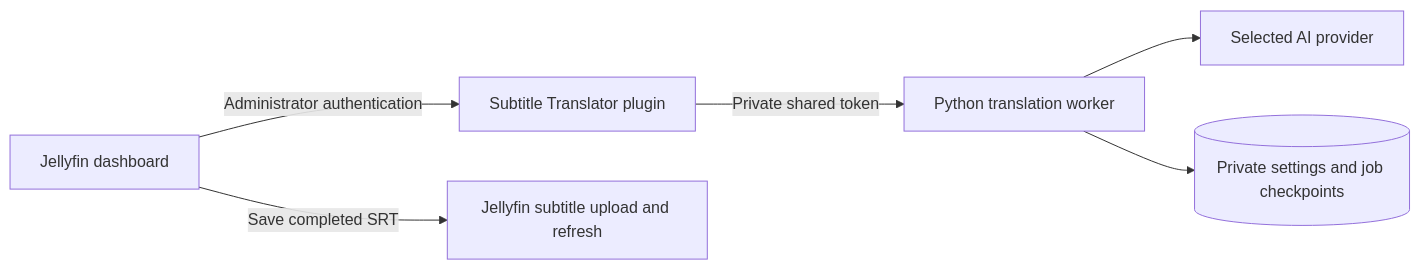
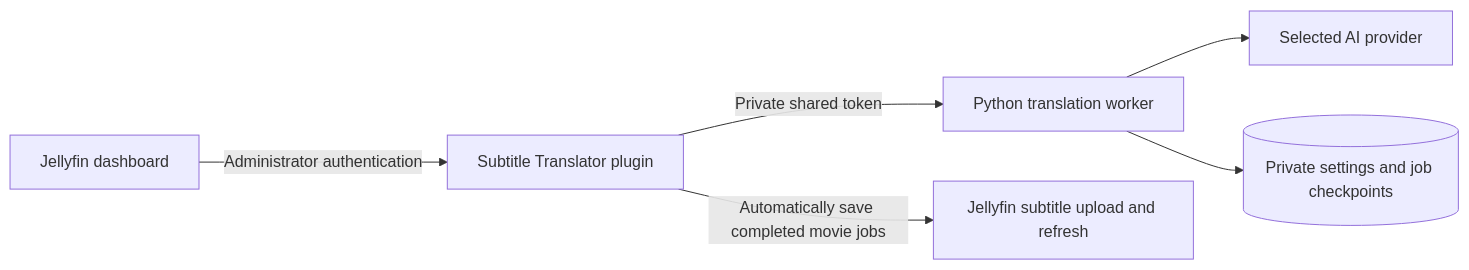
One commit to tutitui/jellySubsTranslator changed the diagram in README.md. Above: the diagram before and after it, drawn with Mermaid. The commit also changed other lines of this file and 13 other files, not shown here.

Commit message:
Simplify movie subtitle rows and automatically save folder translations

````diff
--- a/README.md
+++ b/README.md
@@ -27,8 +29,8 @@
 ```mermaid
 flowchart LR
     A[Jellyfin dashboard] -->|Administrator authentication| B[Subtitle Translator plugin]
     B -->|Private shared token| C[Python translation worker]
     C --> D[Selected AI provider]
     C --> E[(Private settings and job checkpoints)]
-    A -->|Save completed SRT| F[Jellyfin subtitle upload and refresh]
+    B -->|Automatically save completed movie jobs| F[Jellyfin subtitle upload and refresh]
 ```
````
